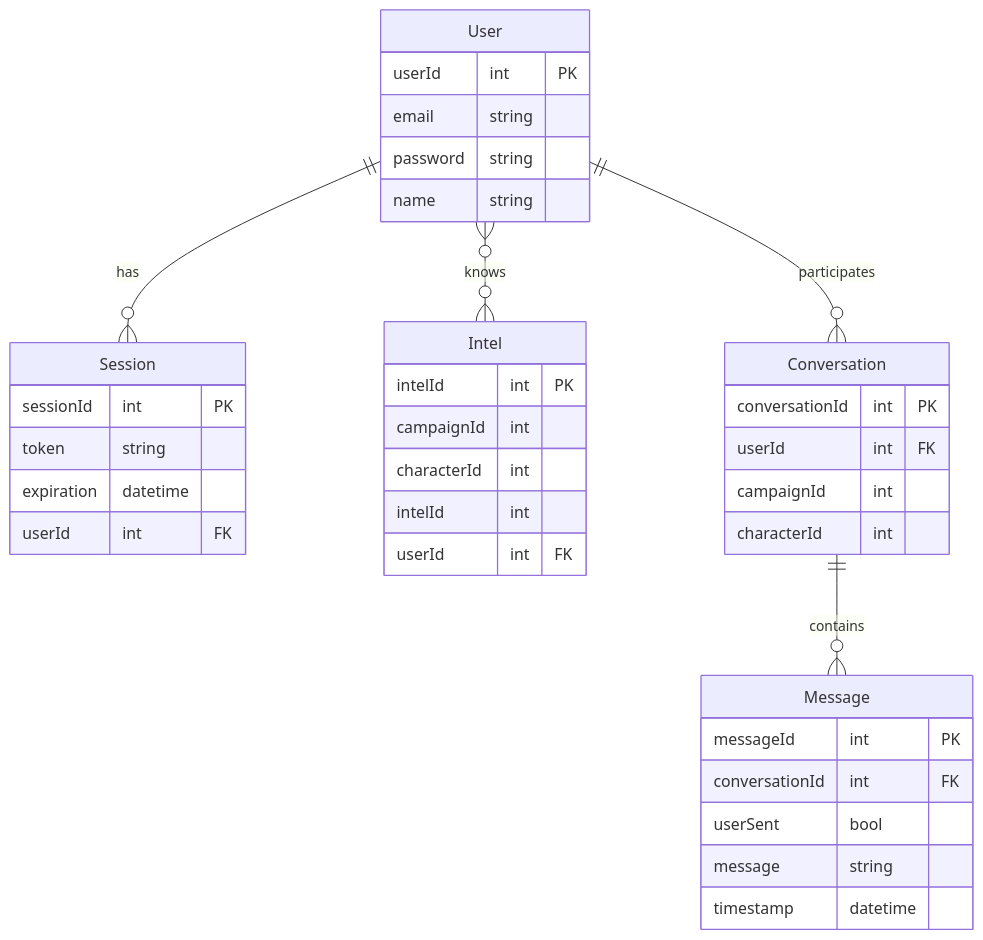
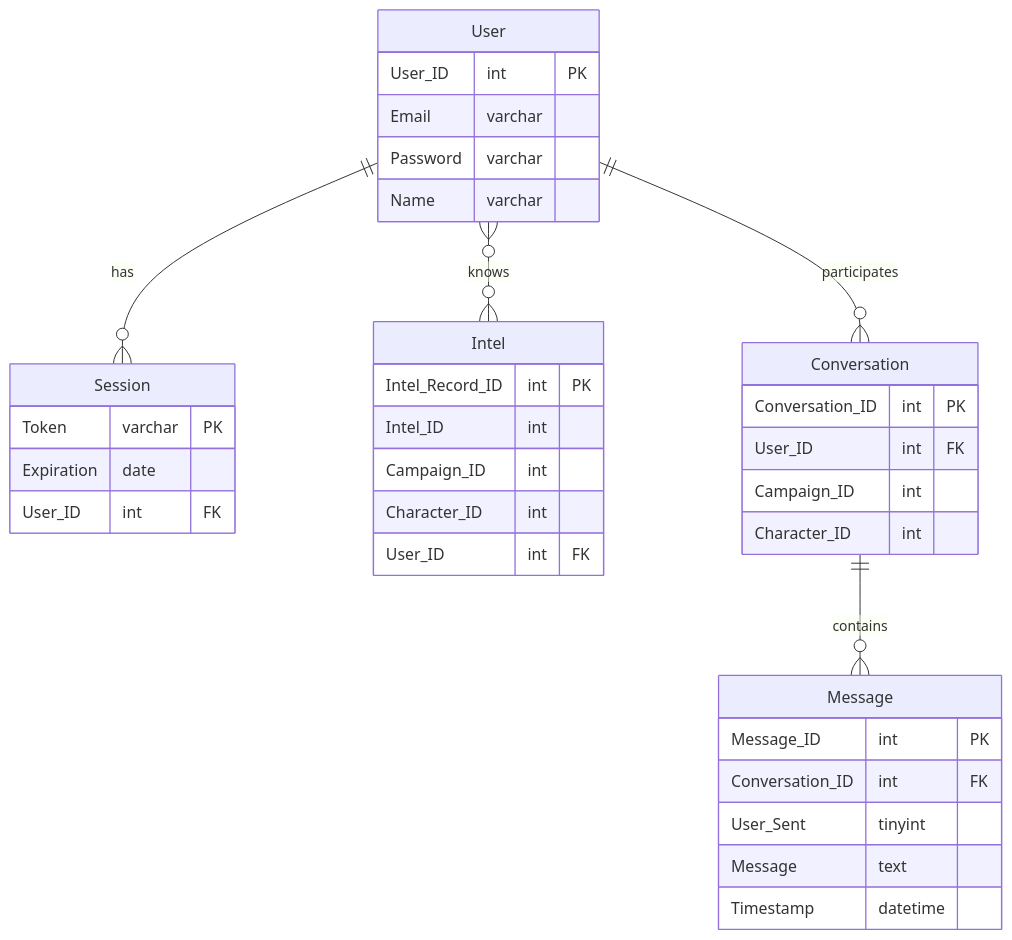
The diagram in Documentation/ERD.md (BYU-ECE-Software/BAIT), drawn with Mermaid before and after one commit.

Commit message:
Updated ERD diagram

````diff
--- a/Documentation/ERD.md
+++ b/Documentation/ERD.md
@@ -1,40 +1,39 @@
 ```mermaid
 erDiagram
     User {
-        userId int PK
-        email string
-        password string
-        name string
+        User_ID int PK
+        Email varchar
+        Password varchar
+        Name varchar
     }
     Session {
-        sessionId int PK
-        token string
-        expiration datetime
-        userId int FK
+        Token varchar PK
+        Expiration date
+        User_ID int FK
     }
     Intel {
-        intelId int PK
-        campaignId int
-        characterId int
-        intelId int
-        userId int FK
+        Intel_Record_ID int PK
+        Intel_ID int
+        Campaign_ID int
+        Character_ID int
+        User_ID int FK
     }
     Conversation {
-        conversationId int PK
-        userId int FK
-        campaignId int
-        characterId int
+        Conversation_ID int PK
+        User_ID int FK
+        Campaign_ID int
+        Character_ID int
     }
     Message {
-        messageId int PK
-        conversationId int FK
-        userSent bool
-        message string
-        timestamp datetime
+        Message_ID int PK
+        Conversation_ID int FK
+        User_Sent tinyint
+        Message text
+        Timestamp datetime
     }
 
     User ||--o{ Session : "has"
     User }o--o{ Intel : "knows"
     User ||--o{ Conversation : "participates"
     Conversation ||--o{ Message : "contains"
 ```
````
